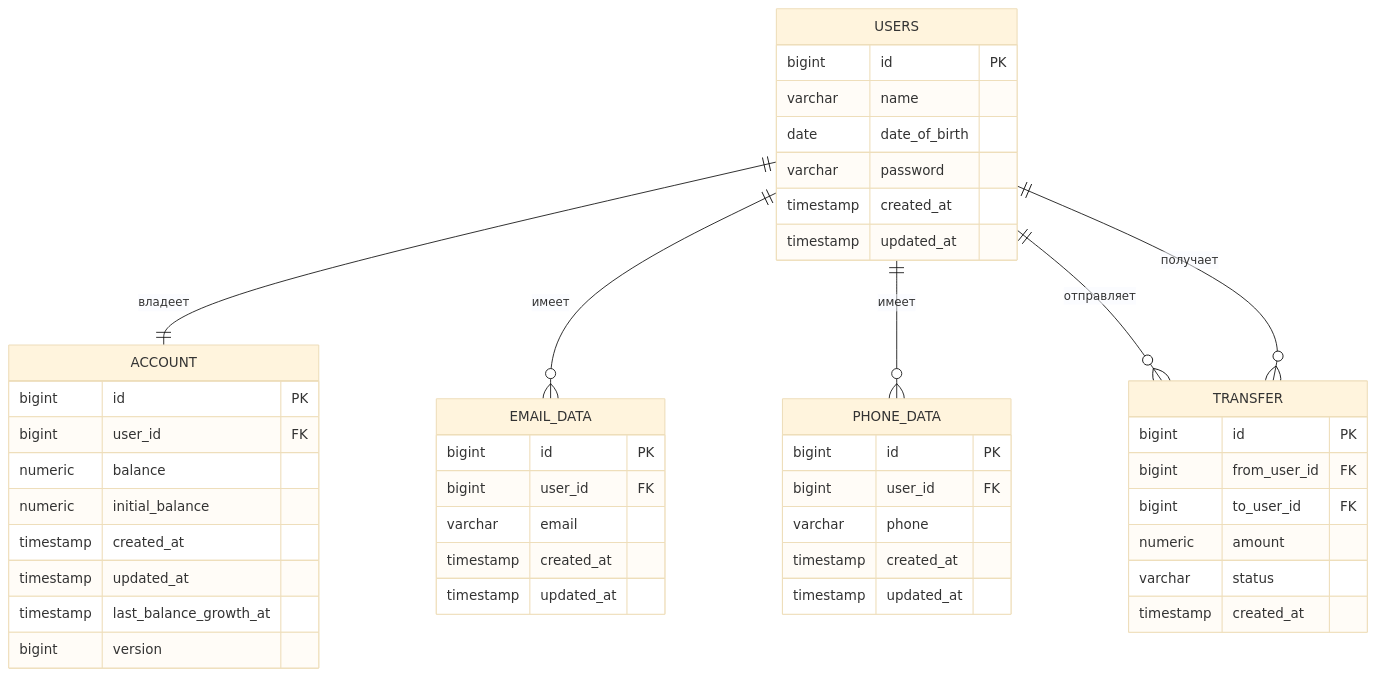
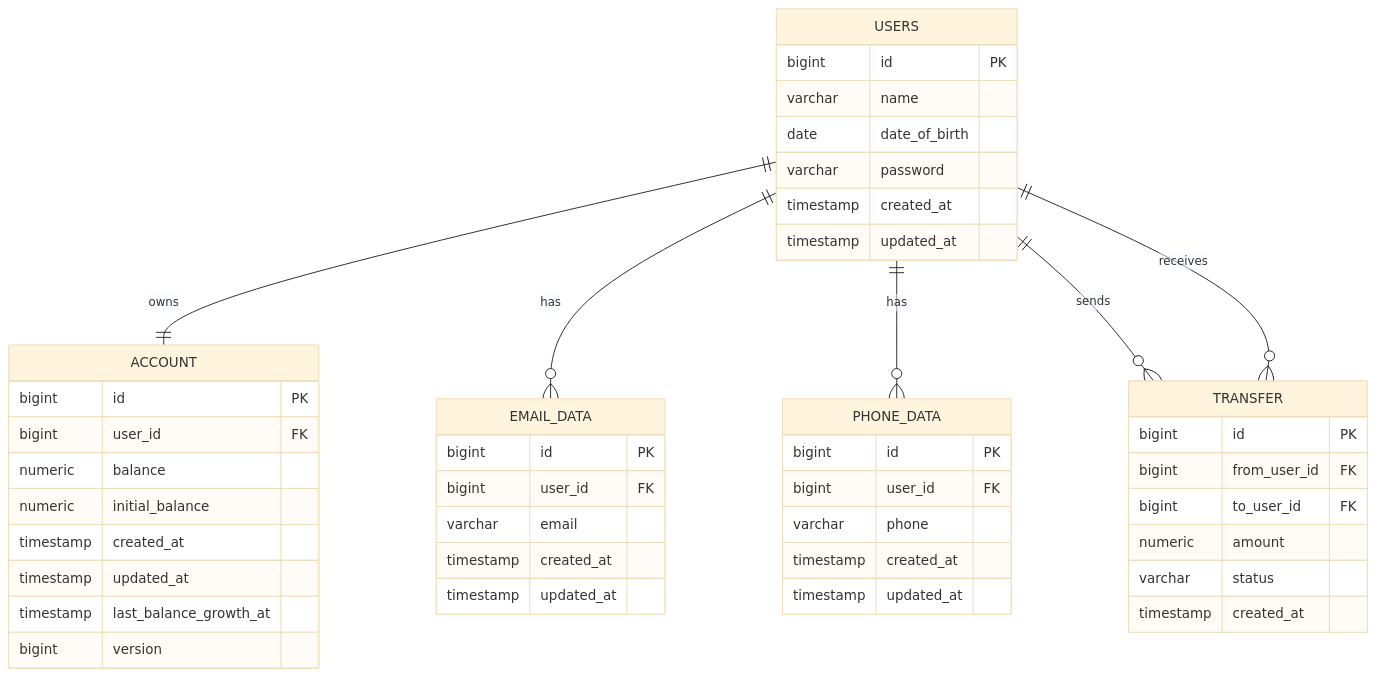
Before and after one commit to kirill-strinadka/secure-bank-api: the diagram in docs/database.md, drawn with Mermaid (base theme). The commit also changed 1 other file, not shown here.

````diff
--- a/docs/database.md
+++ b/docs/database.md
@@ -7,53 +7,53 @@
 ```mermaid
 erDiagram
     USERS {
         bigint id PK
         varchar name
         date date_of_birth
         varchar password
         timestamp created_at
         timestamp updated_at
     }
 
     ACCOUNT {
         bigint id PK
         bigint user_id FK
         numeric balance
         numeric initial_balance
         timestamp created_at
         timestamp updated_at
         timestamp last_balance_growth_at
         bigint version
     }
 
     EMAIL_DATA {
         bigint id PK
         bigint user_id FK
         varchar email
         timestamp created_at
         timestamp updated_at
     }
 
     PHONE_DATA {
         bigint id PK
         bigint user_id FK
         varchar phone
         timestamp created_at
         timestamp updated_at
     }
 
     TRANSFER {
         bigint id PK
         bigint from_user_id FK
         bigint to_user_id FK
         numeric amount
         varchar status
         timestamp created_at
     }
 
-    USERS ||--|| ACCOUNT : владеет
-    USERS ||--o{ EMAIL_DATA : имеет
-    USERS ||--o{ PHONE_DATA : имеет
-    USERS ||--o{ TRANSFER : отправляет
-    USERS ||--o{ TRANSFER : получает
+    USERS ||--|| ACCOUNT : owns
+    USERS ||--o{ EMAIL_DATA : has
+    USERS ||--o{ PHONE_DATA : has
+    USERS ||--o{ TRANSFER : sends
+    USERS ||--o{ TRANSFER : receives
 ```
````
